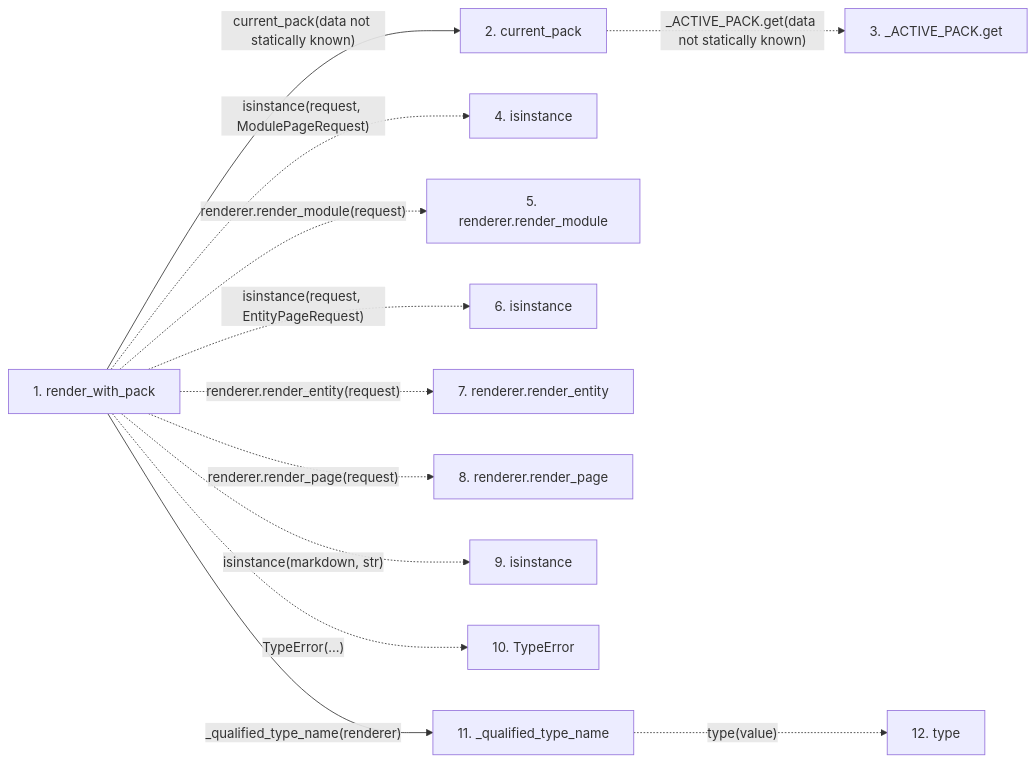
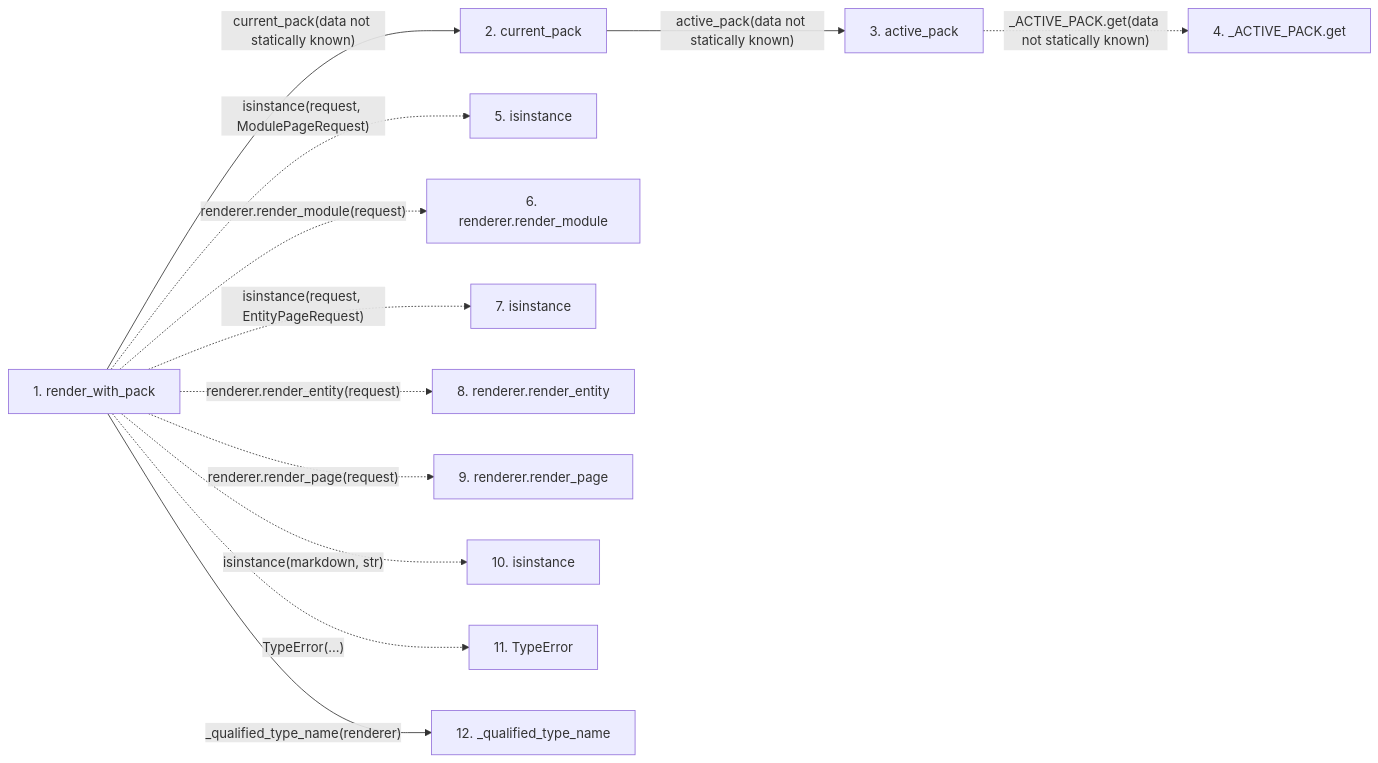
One commit to Denissvgn/python-wiki-llm changed the second of 2 diagrams in docs/llm_wiki/flows/api-render_with_pack.md. Above: the diagram before and after it, drawn with Mermaid. The commit also changed other lines of this file and 719 other files, not shown here.

````diff
--- a/docs/llm_wiki/flows/api-render_with_pack.md
+++ b/docs/llm_wiki/flows/api-render_with_pack.md
@@ -54,29 +56,30 @@
 ```mermaid
 flowchart LR
     s1["1. render_with_pack"]
     s2["2. current_pack"]
-    s3["3. _ACTIVE_PACK.get"]
-    s4["4. isinstance"]
-    s5["5. renderer.render_module"]
-    s6["6. isinstance"]
-    s7["7. renderer.render_entity"]
-    s8["8. renderer.render_page"]
-    s9["9. isinstance"]
-    s10["10. TypeError"]
-    s11["11. _qualified_type_name"]
-    s12["12. type"]
+    s3["3. active_pack"]
+    s4["4. _ACTIVE_PACK.get"]
+    s5["5. isinstance"]
+    s6["6. renderer.render_module"]
+    s7["7. isinstance"]
+    s8["8. renderer.render_entity"]
+    s9["9. renderer.render_page"]
+    s10["10. isinstance"]
+    s11["11. TypeError"]
+    s12["12. _qualified_type_name"]
     s1 -->|"current_pack(data not statically known)"| s2
-    s2 -. "_ACTIVE_PACK.get(data not statically known)" .-> s3
-    s1 -. "isinstance(request, ModulePageRequest)" .-> s4
-    s1 -. "renderer.render_module(request)" .-> s5
-    s1 -. "isinstance(request, EntityPageRequest)" .-> s6
-    s1 -. "renderer.render_entity(request)" .-> s7
-    s1 -. "renderer.render_page(request)" .-> s8
-    s1 -. "isinstance(markdown, str)" .-> s9
-    s1 -. "TypeError(...)" .-> s10
-    s1 -->|"_qualified_type_name(renderer)"| s11
-    s11 -. "type(value)" .-> s12
+    s2 -->|"active_pack(data not statically known)"| s3
+    s3 -. "_ACTIVE_PACK.get(data not statically known)" .-> s4
+    s1 -. "isinstance(request, ModulePageRequest)" .-> s5
+    s1 -. "renderer.render_module(request)" .-> s6
+    s1 -. "isinstance(request, EntityPageRequest)" .-> s7
+    s1 -. "renderer.render_entity(request)" .-> s8
+    s1 -. "renderer.render_page(request)" .-> s9
+    s1 -. "isinstance(markdown, str)" .-> s10
+    s1 -. "TypeError(...)" .-> s11
+    s1 -->|"_qualified_type_name(renderer)"| s12
     click s1 "../modules/domain_pack.md"
     click s2 "../modules/domain_pack.md"
-    click s11 "../modules/domain_pack.md"
+    click s3 "../modules/pack_interfaces.md"
+    click s12 "../modules/pack_interfaces.md"
 ```
````
